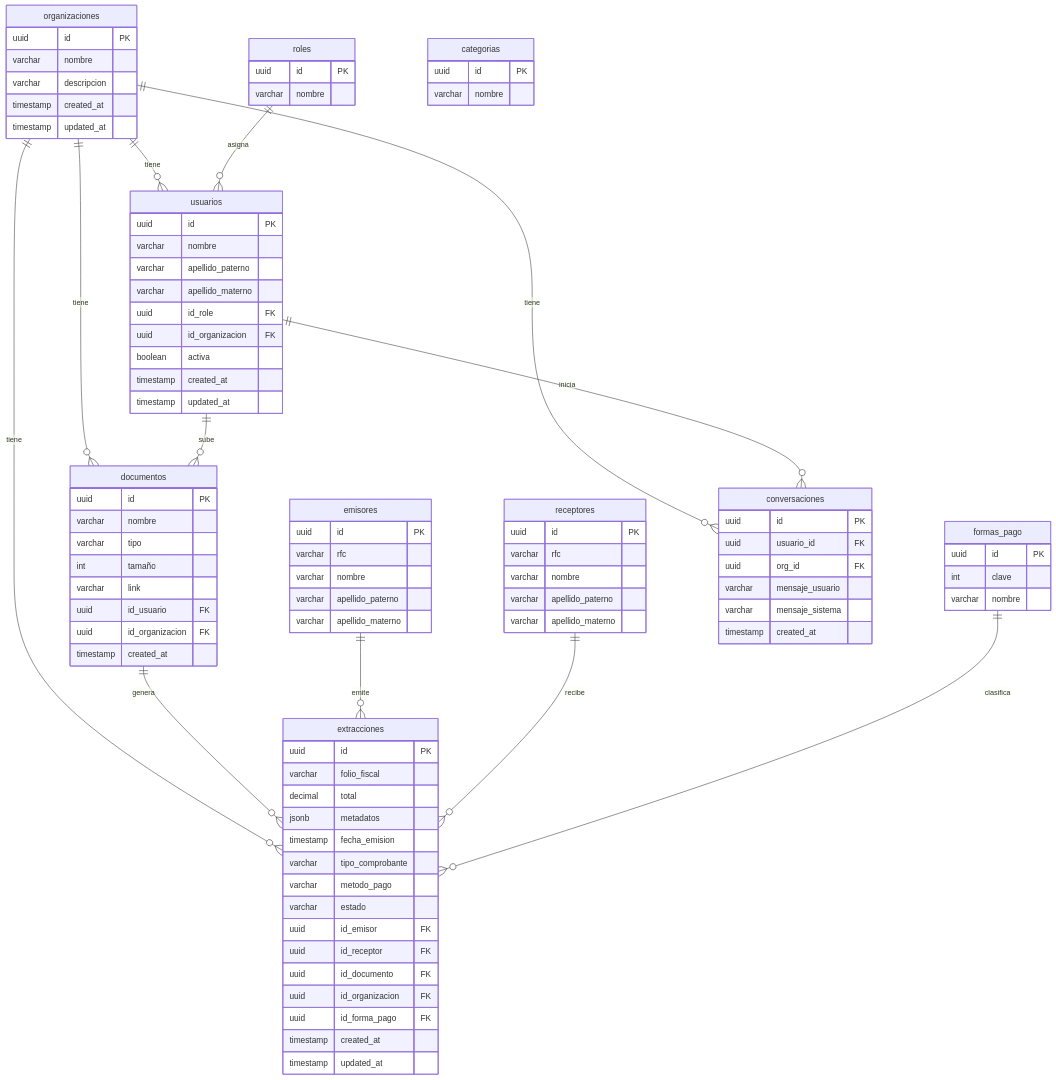
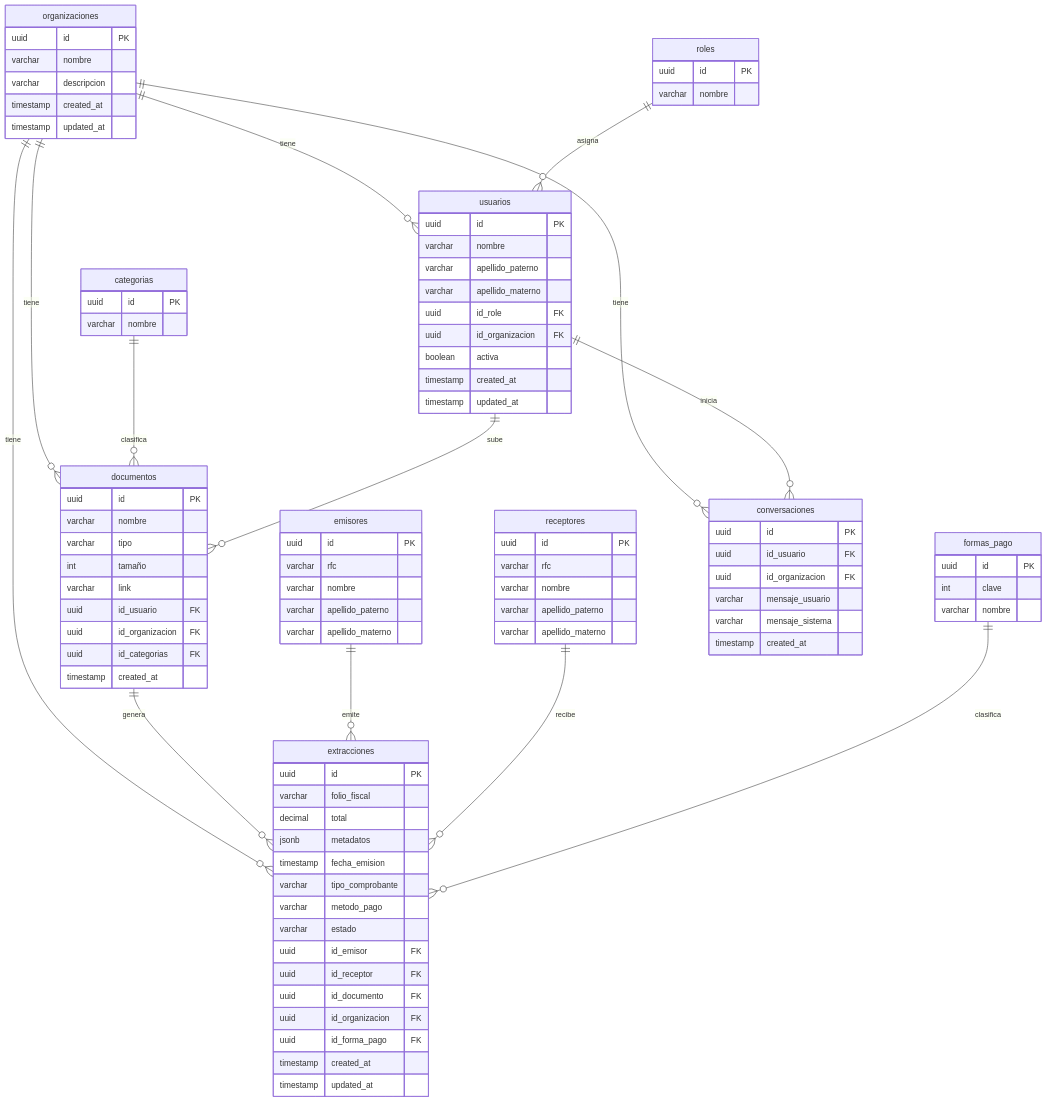
The diagram in docs/ER.md (Luis-Ali44/VISIR-Backend), drawn with Mermaid before and after one commit. The commit also changed other lines of this file and 24 other files, not shown here.

````diff
--- a/docs/ER.md
+++ b/docs/ER.md
@@ -89,6 +89,7 @@
     varchar link
     uuid id_usuario FK
     uuid id_organizacion FK
+    uuid id_categorias FK
     timestamp created_at
   }
 
@@ -112,22 +113,23 @@
 
   conversaciones {
     uuid id PK
-    uuid usuario_id FK
-    uuid org_id FK
+    uuid id_usuario FK
+    uuid id_organizacion FK
     varchar mensaje_usuario
     varchar mensaje_sistema
     timestamp created_at
   }
 
-  organizaciones ||--o{ usuarios        : "tiene"
-  organizaciones ||--o{ documentos      : "tiene"
-  organizaciones ||--o{ extracciones    : "tiene"
-  organizaciones ||--o{ conversaciones  : "tiene"
-  roles          ||--o{ usuarios        : "asigna"
-  usuarios       ||--o{ documentos      : "sube"
-  usuarios       ||--o{ conversaciones  : "inicia"
-  documentos     ||--o{ extracciones    : "genera"
-  emisores       ||--o{ extracciones    : "emite"
-  receptores     ||--o{ extracciones    : "recibe"
-  formas_pago    ||--o{ extracciones    : "clasifica"
+  organizaciones ||--o{ usuarios       : "tiene"
+  organizaciones ||--o{ documentos     : "tiene"
+  organizaciones ||--o{ extracciones   : "tiene"
+  organizaciones ||--o{ conversaciones : "tiene"
+  roles          ||--o{ usuarios       : "asigna"
+  categorias     ||--o{ documentos     : "clasifica"
+  usuarios       ||--o{ documentos     : "sube"
+  usuarios       ||--o{ conversaciones : "inicia"
+  documentos     ||--o{ extracciones   : "genera"
+  emisores       ||--o{ extracciones   : "emite"
+  receptores     ||--o{ extracciones   : "recibe"
+  formas_pago    ||--o{ extracciones   : "clasifica"
 ```
````
